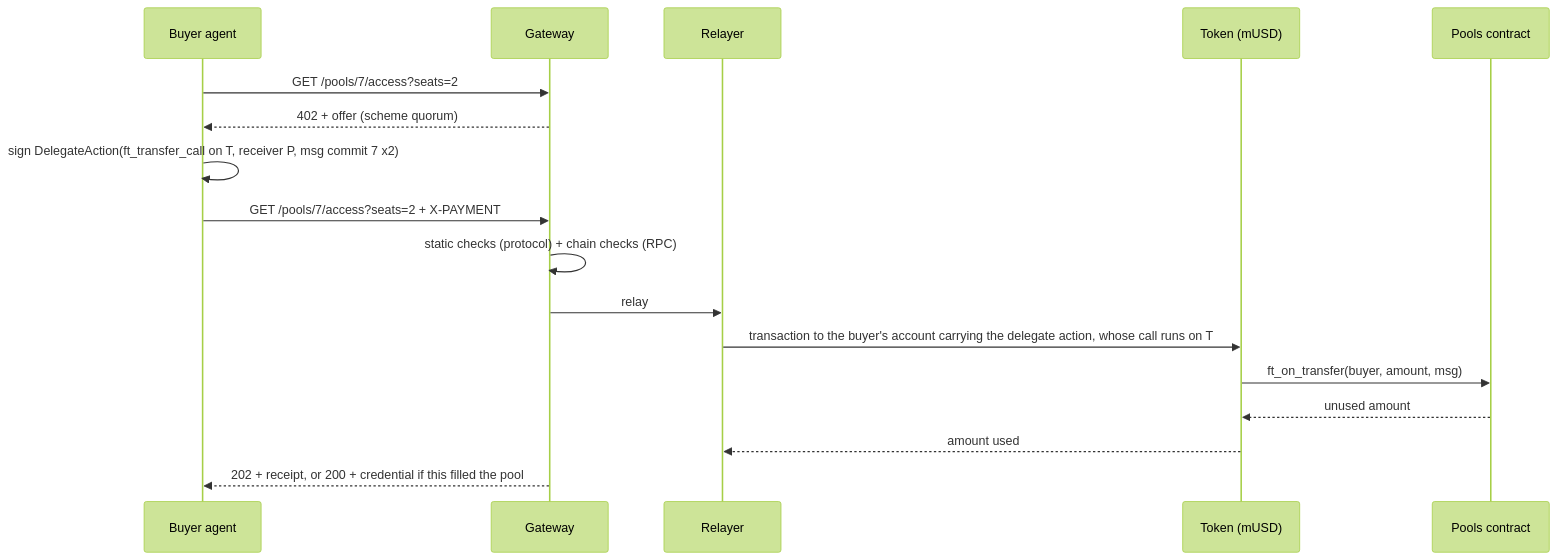
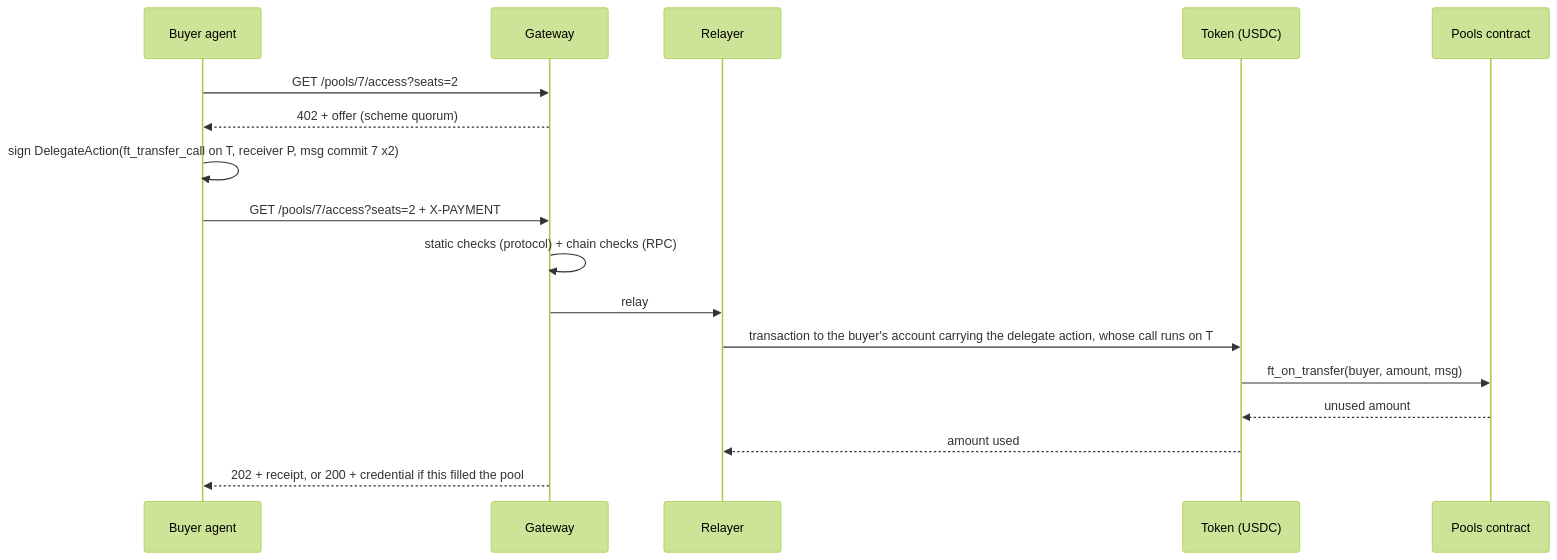
The first of 2 diagrams in docs/specs/2026-11-09-quorum-on-near-design.md (lxfoundry/quorum-on-near), drawn with Mermaid (forest theme) before and after one commit. The commit also changed other lines of this file and 1 other file, not shown here.

First line of the commit message:
Run testnet on Circle's USDC, funded from one account

````diff
--- a/docs/specs/2026-11-09-quorum-on-near-design.md
+++ b/docs/specs/2026-11-09-quorum-on-near-design.md
@@ -104,19 +110,19 @@
 ```mermaid
 sequenceDiagram
     participant A as Buyer agent
     participant G as Gateway
     participant R as Relayer
-    participant T as Token (mUSD)
+    participant T as Token (USDC)
     participant P as Pools contract
     A->>G: GET /pools/7/access?seats=2
     G-->>A: 402 + offer (scheme quorum)
     A->>A: sign DelegateAction(ft_transfer_call on T, receiver P, msg commit 7 x2)
     A->>G: GET /pools/7/access?seats=2 + X-PAYMENT
     G->>G: static checks (protocol) + chain checks (RPC)
     G->>R: relay
     R->>T: transaction to the buyer's account carrying the delegate action, whose call runs on T
     T->>P: ft_on_transfer(buyer, amount, msg)
     P-->>T: unused amount
     T-->>R: amount used
     G-->>A: 202 + receipt, or 200 + credential if this filled the pool
 ```
````
